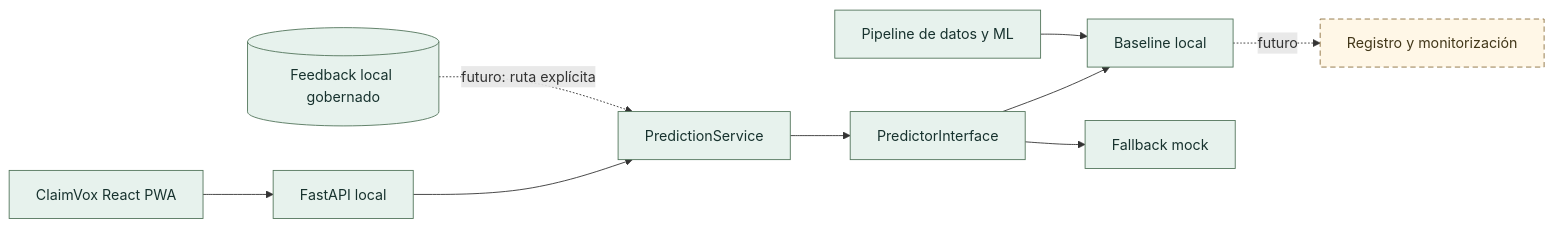
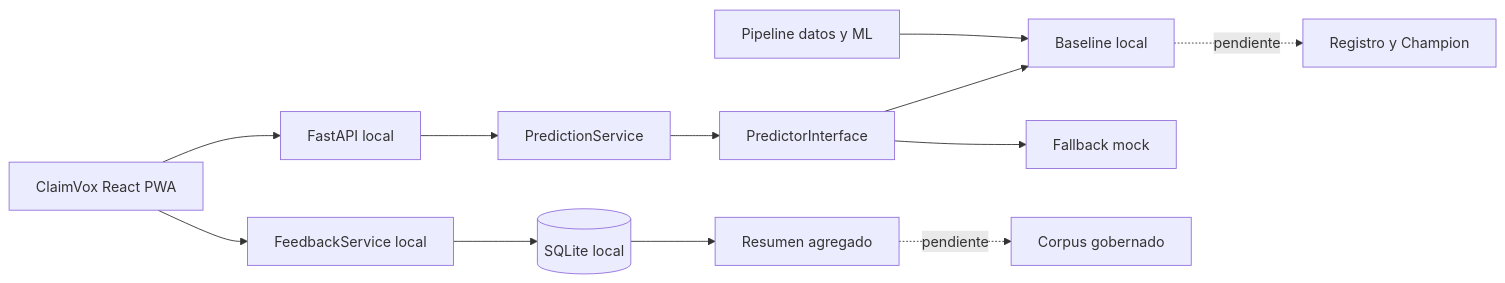
Before and after one commit to Bootcamp-IA-MAD-P7/Proyecto6-Grupo1: the diagram in README.md, drawn with Mermaid. The commit also changed other lines of this file and 44 other files, not shown here.

````diff
--- a/README.md
+++ b/README.md
@@ -231,18 +114,14 @@
 ```mermaid
 flowchart LR
     UI[ClaimVox React PWA] --> API[FastAPI local]
-    API --> UC[PredictionService]
-    UC --> INF[PredictorInterface]
-    INF --> MODEL[Baseline local]
-    INF --> MOCK[Fallback mock]
-    PIPE[Pipeline de datos y ML] --> MODEL
-    FDB[(Feedback local gobernado)]
-    FDB -. futuro: ruta explícita .-> UC
-    MODEL -. futuro .-> MON[Registro y monitorización]
-
-    classDef prototype fill:#e7f2ed,stroke:#52755b,color:#17322e
-    classDef planned fill:#fff7e7,stroke:#8b6f3d,stroke-dasharray:6 4,color:#423719
-    class UI,API,UC,INF,MODEL,MOCK,PIPE prototype
-    class FDB prototype
-    class MON planned
+    API --> PS[PredictionService]
+    PS --> PI[PredictorInterface]
+    PI --> LR[Baseline local]
+    PI --> MOCK[Fallback mock]
+    UI --> FS[FeedbackService local]
+    FS --> SQLITE[(SQLite local)]
+    SQLITE --> AGG[Resumen agregado]
+    PIPE[Pipeline datos y ML] --> LR
+    LR -. pendiente .-> REG[Registro y Champion]
+    AGG -. pendiente .-> RETRAIN[Corpus gobernado]
 ```
````
